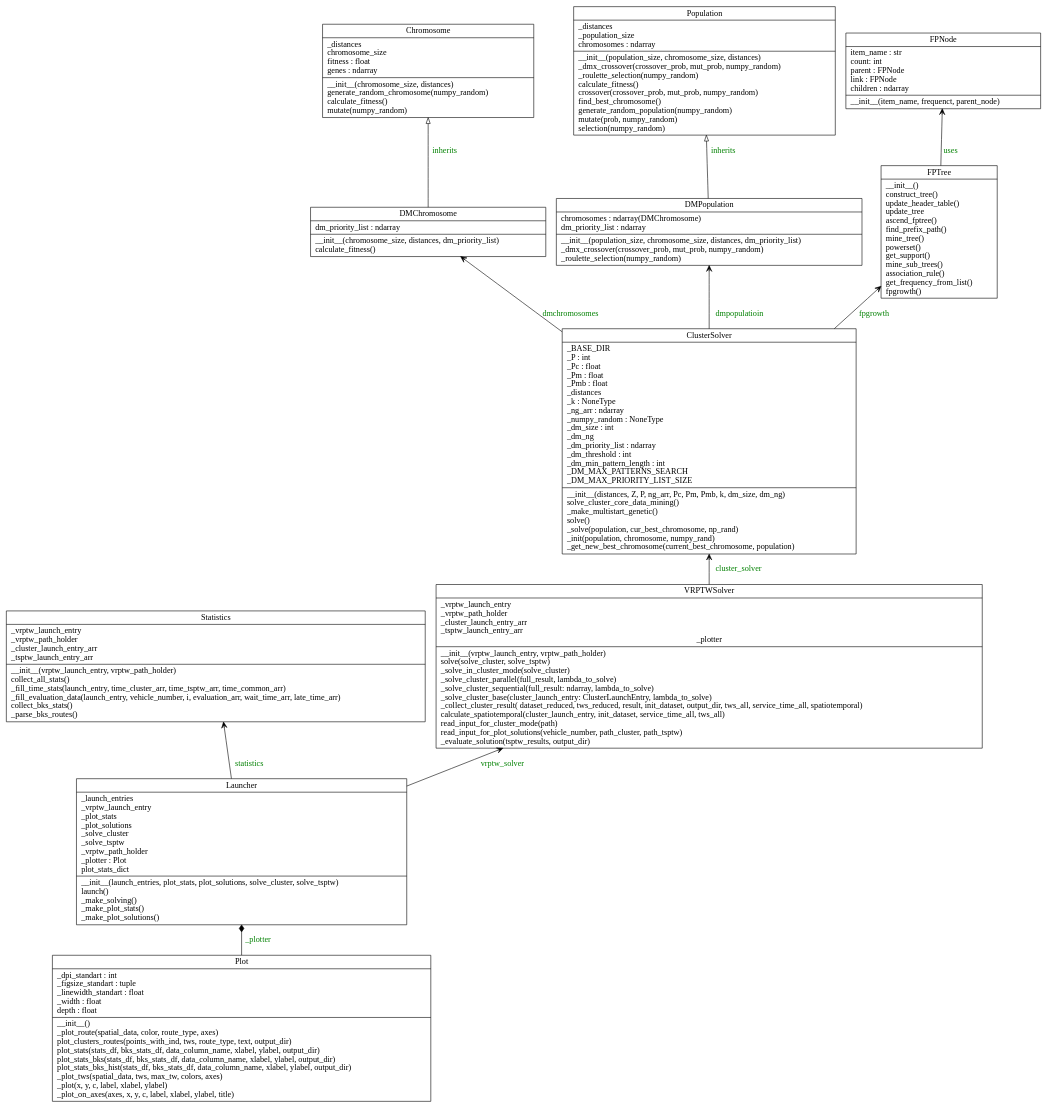
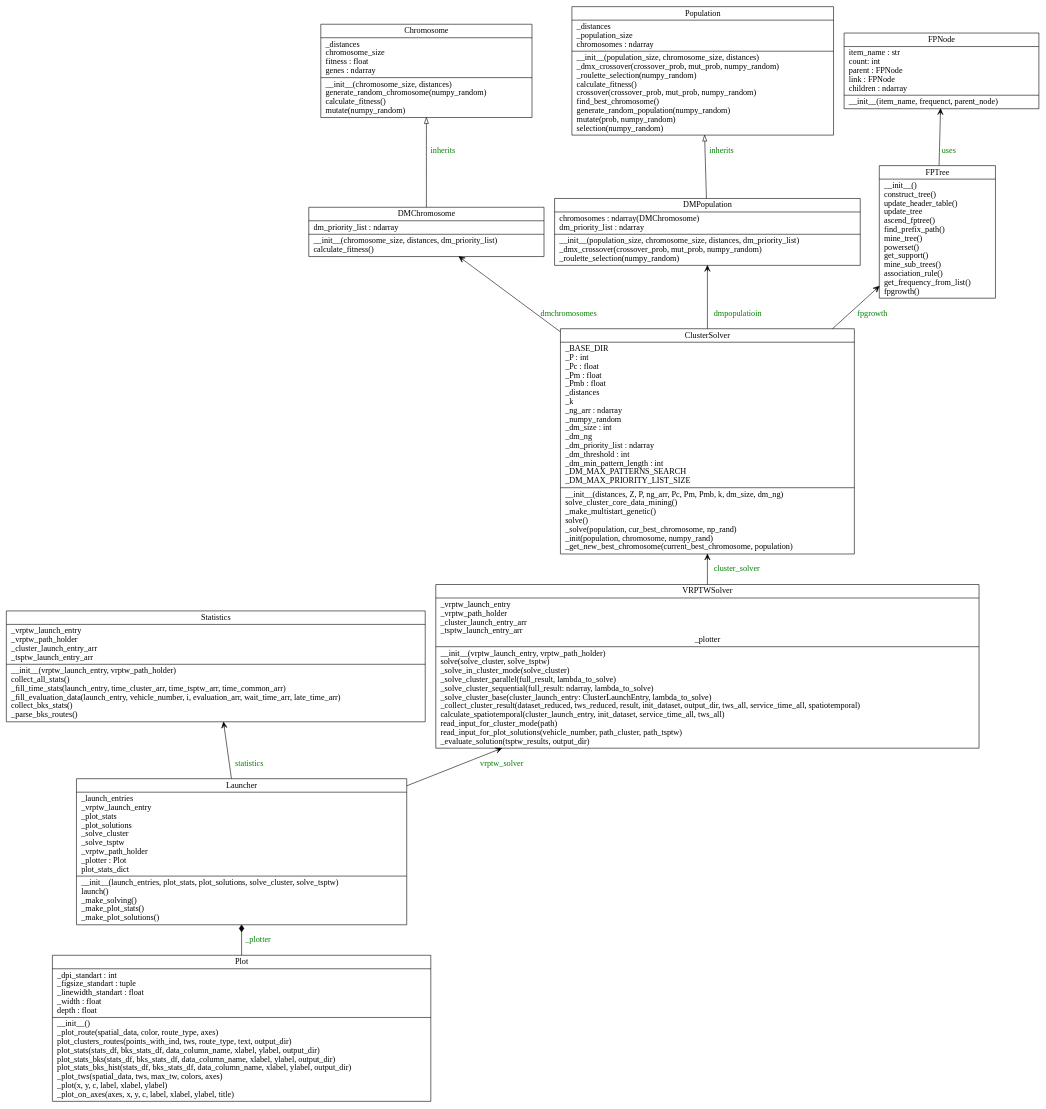
Before and after one commit to Stranger488/vrptw-ga-k-medoid: the diagram in graphs/dot/classes_mag.dot, drawn with Graphviz. The commit also changed 557 other files, not shown here.

```diff
--- a/graphs/dot/classes_mag.dot
+++ b/graphs/dot/classes_mag.dot
@@ -1,29 +1,29 @@
 digraph "classes" {
     charset = "utf-8"
     rankdir = BT
     "0" [label = "{Chromosome|_distances\lchromosome_size\lfitness : float\lgenes : ndarray\l|__init__(chromosome_size, distances)\lgenerate_random_chromosome(numpy_random)\lcalculate_fitness()\lmutate(numpy_random)\l}", shape = "record"];
     "1" [label = "{DMChromosome|dm_priority_list : ndarray\l|__init__(chromosome_size, distances, dm_priority_list)\lcalculate_fitness()\l}", shape = "record"];
     "2" [label = "{Population|_distances\l_population_size\lchromosomes : ndarray\l|__init__(population_size, chromosome_size, distances)\l_dmx_crossover(crossover_prob, mut_prob, numpy_random)\l_roulette_selection(numpy_random)\lcalculate_fitness()\lcrossover(crossover_prob, mut_prob, numpy_random)\lfind_best_chromosome()\lgenerate_random_population(numpy_random)\lmutate(prob, numpy_random)\lselection(numpy_random)\l}", shape = "record"];
     "3" [label = "{DMPopulation|chromosomes : ndarray(DMChromosome)\ldm_priority_list : ndarray\l|__init__(population_size, chromosome_size, distances, dm_priority_list)\l_dmx_crossover(crossover_prob, mut_prob, numpy_random)\l_roulette_selection(numpy_random)\l}", shape = "record"];
-    "4" [label = "{ClusterSolver|_BASE_DIR\l_P : int\l_Pc : float\l_Pm : float\l_Pmb : float\l_distances\l_k : NoneType\l_ng_arr : ndarray\l_numpy_random : NoneType\l_dm_size : int\l_dm_ng\l_dm_priority_list : ndarray\l_dm_threshold : int\l_dm_min_pattern_length : int\l_DM_MAX_PATTERNS_SEARCH\l_DM_MAX_PRIORITY_LIST_SIZE\l|__init__(distances, Z, P, ng_arr, Pc, Pm, Pmb, k, dm_size, dm_ng)\lsolve_cluster_core_data_mining()\l_make_multistart_genetic()\lsolve()\l_solve(population, cur_best_chromosome, np_rand)\l_init(population, chromosome, numpy_rand)\l_get_new_best_chromosome(current_best_chromosome, population)\l}", shape = "record"];
+    "4" [label = "{ClusterSolver|_BASE_DIR\l_P : int\l_Pc : float\l_Pm : float\l_Pmb : float\l_distances\l_k\l_ng_arr : ndarray\l_numpy_random\l_dm_size : int\l_dm_ng\l_dm_priority_list : ndarray\l_dm_threshold : int\l_dm_min_pattern_length : int\l_DM_MAX_PATTERNS_SEARCH\l_DM_MAX_PRIORITY_LIST_SIZE\l|__init__(distances, Z, P, ng_arr, Pc, Pm, Pmb, k, dm_size, dm_ng)\lsolve_cluster_core_data_mining()\l_make_multistart_genetic()\lsolve()\l_solve(population, cur_best_chromosome, np_rand)\l_init(population, chromosome, numpy_rand)\l_get_new_best_chromosome(current_best_chromosome, population)\l}", shape = "record"];
     "5" [label = "{Launcher|_launch_entries\l_vrptw_launch_entry\l_plot_stats\l_plot_solutions\l_solve_cluster\l_solve_tsptw\l_vrptw_path_holder\l_plotter : Plot\lplot_stats_dict\l|__init__(launch_entries, plot_stats, plot_solutions, solve_cluster, solve_tsptw)\llaunch()\l_make_solving()\l_make_plot_stats()\l_make_plot_solutions()\l}", shape = "record"];
     "6" [label = "{Plot|_dpi_standart : int\l_figsize_standart : tuple\l_linewidth_standart : float\l_width : float\ldepth : float\l|__init__()\l_plot_route(spatial_data, color, route_type, axes)\lplot_clusters_routes(points_with_ind, tws, route_type, text, output_dir)\lplot_stats(stats_df, bks_stats_df, data_column_name, xlabel, ylabel, output_dir)\lplot_stats_bks(stats_df, bks_stats_df, data_column_name, xlabel, ylabel, output_dir)\lplot_stats_bks_hist(stats_df, bks_stats_df, data_column_name, xlabel, ylabel, output_dir)\l_plot_tws(spatial_data, tws, max_tw, colors, axes)\l_plot(x, y, c, label, xlabel, ylabel)\l_plot_on_axes(axes, x, y, c, label, xlabel, ylabel, title)\l}", shape = "record"];
     "7" [label = "{Statistics|_vrptw_launch_entry\l_vrptw_path_holder\l_cluster_launch_entry_arr\l_tsptw_launch_entry_arr\l|__init__(vrptw_launch_entry, vrptw_path_holder)\lcollect_all_stats()\l_fill_time_stats(launch_entry, time_cluster_arr, time_tsptw_arr, time_common_arr)\l_fill_evaluation_data(launch_entry, vehicle_number, i, evaluation_arr, wait_time_arr, late_time_arr)\lcollect_bks_stats()\l_parse_bks_routes()\l}", shape = "record"];
-    "8" [label = "{VRPTWSolver|_vrptw_launch_entry\l_vrptw_path_holder\l_cluster_launch_entry_arr\l_tsptw_launch_entry_arr\l_plotter|__init__(vrptw_launch_entry, vrptw_path_holder)\lsolve(solve_cluster, solve_tsptw)\l_solve_in_cluster_mode(solve_cluster)\l_solve_cluster_parallel(full_result, lambda_to_solve)\l_solve_cluster_sequential(full_result: ndarray, lambda_to_solve)\l_solve_cluster_base(cluster_launch_entry: ClusterLaunchEntry, lambda_to_solve)\l_collect_cluster_result( dataset_reduced, tws_reduced, result, init_dataset, output_dir, tws_all, service_time_all, spatiotemporal)\lcalculate_spatiotemporal(cluster_launch_entry, init_dataset, service_time_all, tws_all)\lread_input_for_cluster_mode(path)\lread_input_for_plot_solutions(vehicle_number, path_cluster, path_tsptw)\l_evaluate_solution(tsptw_results, output_dir)\l}", shape = "record"];
+    "8" [label = "{VRPTWSolver|_vrptw_launch_entry\l_vrptw_path_holder\l_cluster_launch_entry_arr\l_tsptw_launch_entry_arr\l_plotter|__init__(vrptw_launch_entry, vrptw_path_holder)\lsolve(solve_cluster, solve_tsptw)\l_solve_in_cluster_mode(solve_cluster)\l_solve_cluster_parallel(full_result, lambda_to_solve)\l_solve_cluster_sequential(full_result: ndarray, lambda_to_solve)\l_solve_cluster_base(cluster_launch_entry: ClusterLaunchEntry, lambda_to_solve)\l_collect_cluster_result(dataset_reduced, tws_reduced, result, init_dataset, output_dir, tws_all, service_time_all, spatiotemporal)\lcalculate_spatiotemporal(cluster_launch_entry, init_dataset, service_time_all, tws_all)\lread_input_for_cluster_mode(path)\lread_input_for_plot_solutions(vehicle_number, path_cluster, path_tsptw)\l_evaluate_solution(tsptw_results, output_dir)\l}", shape = "record"];
     "9" [label = "{FPNode|item_name : str\lcount: int\lparent : FPNode\llink : FPNode\lchildren : ndarray\l|__init__(item_name, frequenct, parent_node)\l}", shape = "record"];
     "10" [label = "{FPTree|__init__()\lconstruct_tree()\lupdate_header_table()\lupdate_tree\lascend_fptree()\lfind_prefix_path()\lmine_tree()\lpowerset()\lget_support()\lmine_sub_trees()\lassociation_rule()\lget_frequency_from_list()\lfpgrowth()\l}", shape = "record"];
 
     "6" -> "5" [arrowhead = "diamond", arrowtail = "none", fontcolor = "green", label = "_plotter", style = "solid"];
     "5" -> "7" [arrowhead = "open", arrowtail = "none", fontcolor = "green", label = "statistics", style = "solid"];
     "5" -> "8" [arrowhead = "open", arrowtail = "none", fontcolor = "green", label = "vrptw_solver", style = "solid"];
 
     "8" -> "4" [arrowhead = "open", arrowtail = "none", fontcolor = "green", label = "cluster_solver", style = "solid"];
     "4" -> "1" [arrowhead = "open", arrowtail = "none", fontcolor = "green", label = "dmchromosomes", style = "solid"];
     "4" -> "3" [arrowhead = "open", arrowtail = "none", fontcolor = "green", label = "dmpopulatioin", style = "solid"];
 
     "1" -> "0" [arrowhead = "onormal", arrowtail = "none", fontcolor = "green", label = "inherits", style = "solid"];
     "3" -> "2" [arrowhead = "onormal", arrowtail = "none", fontcolor = "green", label = "inherits", style = "solid"];
 
     "4" -> "10" [arrowhead = "open", arrowtail = "none", fontcolor = "green", label = "fpgrowth", style = "solid"];
     "10" -> "9" [arrowhead = "open", arrowtail = "none", fontcolor = "green", label = "uses", style = "solid"];
 }
```
